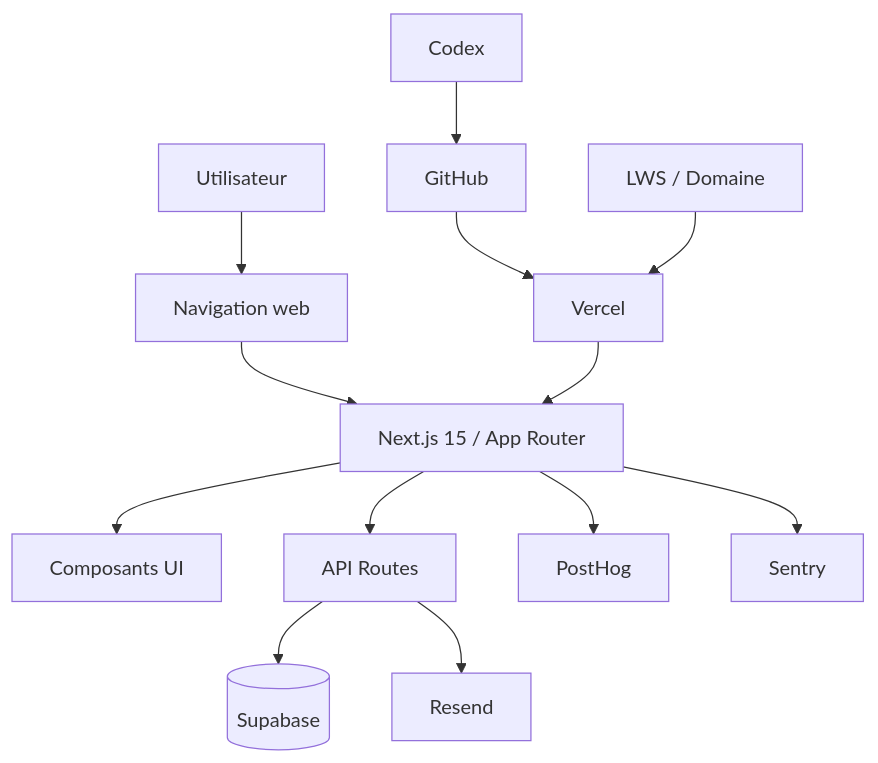
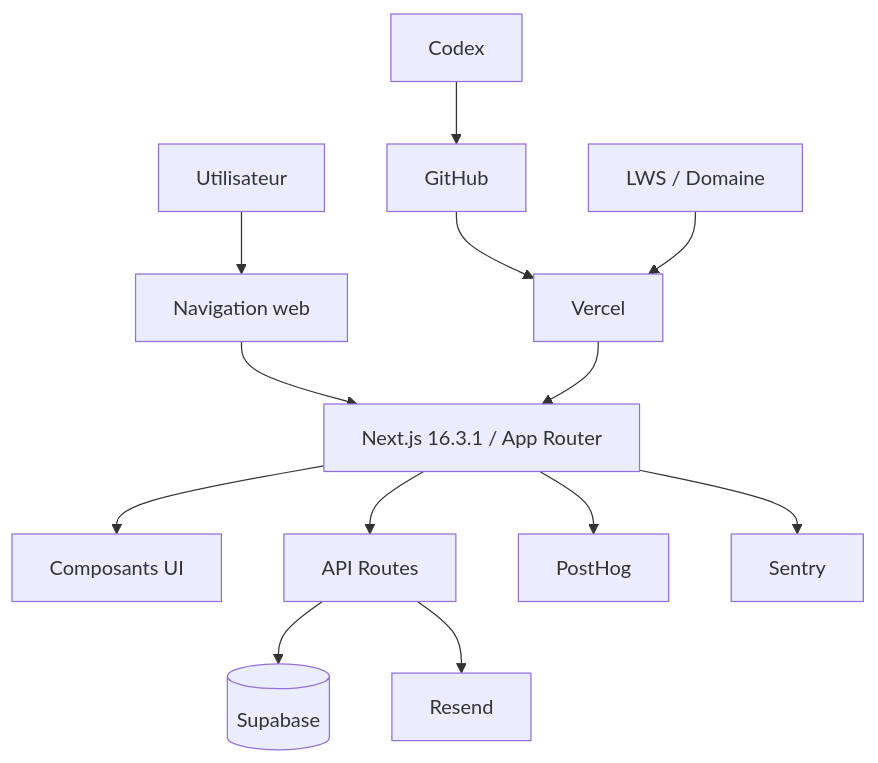
One commit to maxd4/CleanmyMap changed the diagram in documentation/architecture/methodologie-fonctionnement-site.md. Above: the diagram before and after it, drawn with Mermaid. The commit also changed other lines of this file and 4 other files, not shown here.

Commit message:
docs(architecture): align current stack policy

````diff
--- a/documentation/architecture/methodologie-fonctionnement-site.md
+++ b/documentation/architecture/methodologie-fonctionnement-site.md
@@ -25,17 +25,17 @@
 ```mermaid
 flowchart TD
   U[Utilisateur] --> N[Navigation web]
-  N --> W[Next.js 15 / App Router]
+  N --> W[Next.js 16.3.1 / App Router]
   W --> C[Composants UI]
   W --> A[API Routes]
 
   A --> S[(Supabase)]
   A --> R[Resend]
   W --> P[PostHog]
   W --> E[Sentry]
 
   G[GitHub] --> V[Vercel]
   Cx[Codex] --> G
   V --> W
   D[LWS / Domaine] --> V
 ```
````
